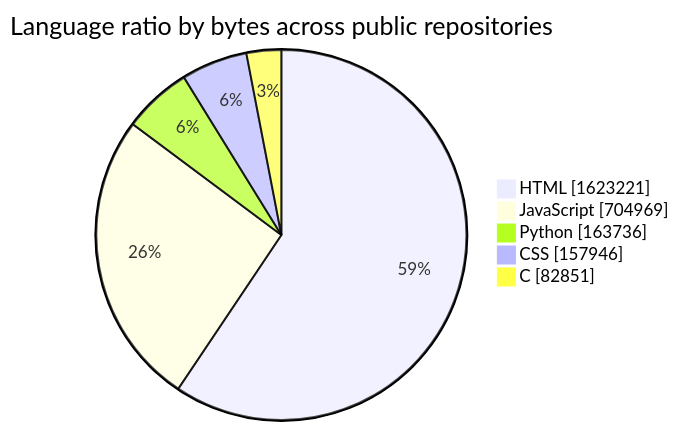
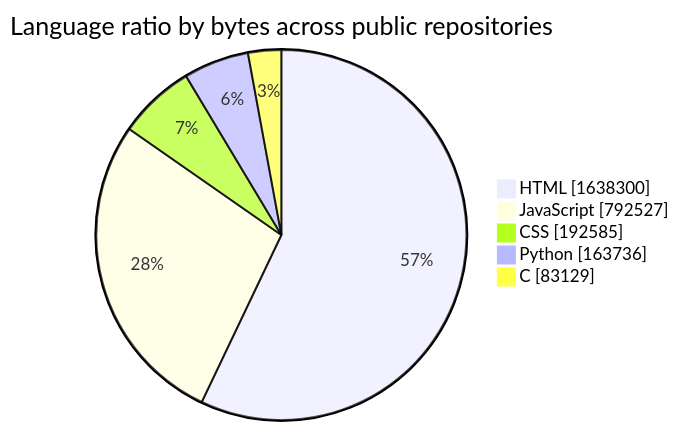
One commit to tchinso/tchinso changed the first of 2 diagrams in README.md. Above: the diagram before and after it, drawn with Mermaid. The commit also changed other lines of this file, not shown here.

````diff
--- a/README.md
+++ b/README.md
@@ -21,9 +21,9 @@
 ```mermaid
 pie showData
     title Language ratio by bytes across public repositories
-    "HTML" : 1623221
-    "JavaScript" : 704969
+    "HTML" : 1638300
+    "JavaScript" : 792527
+    "CSS" : 192585
     "Python" : 163736
-    "CSS" : 157946
-    "C" : 82851
+    "C" : 83129
 ```
````
